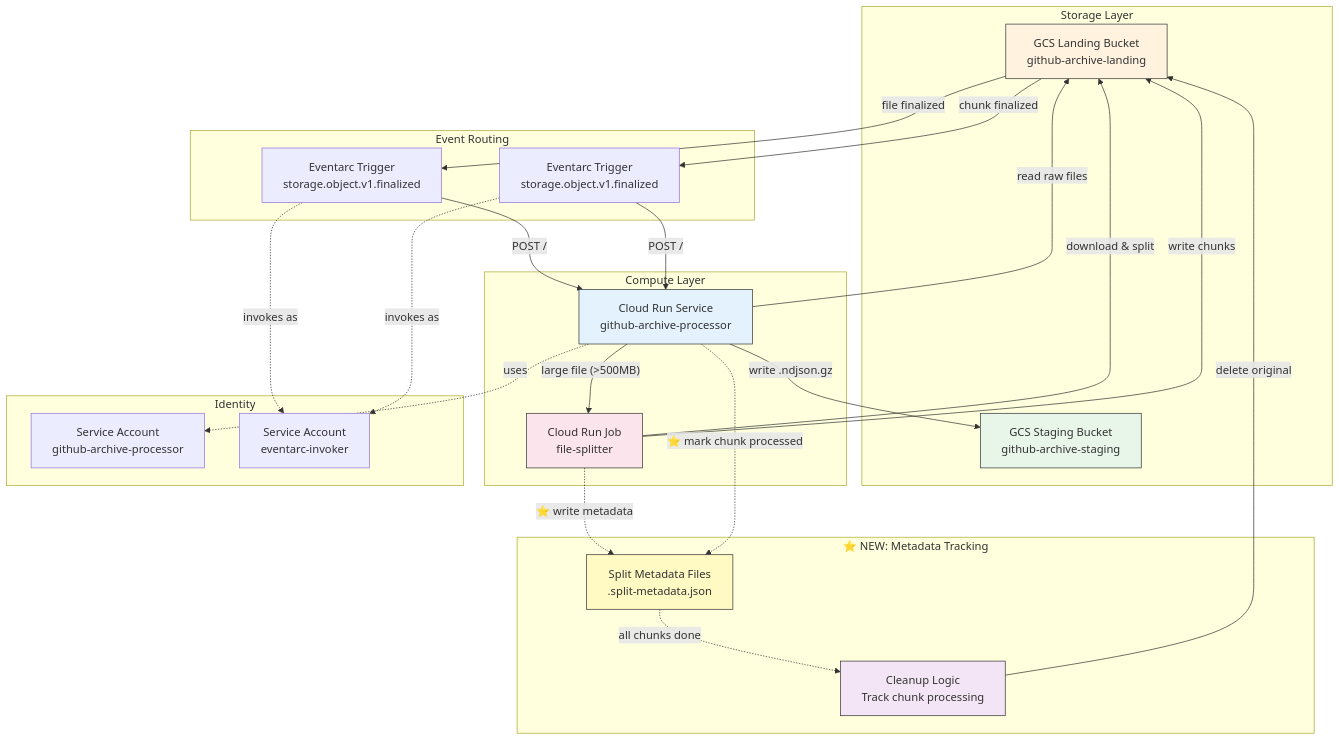
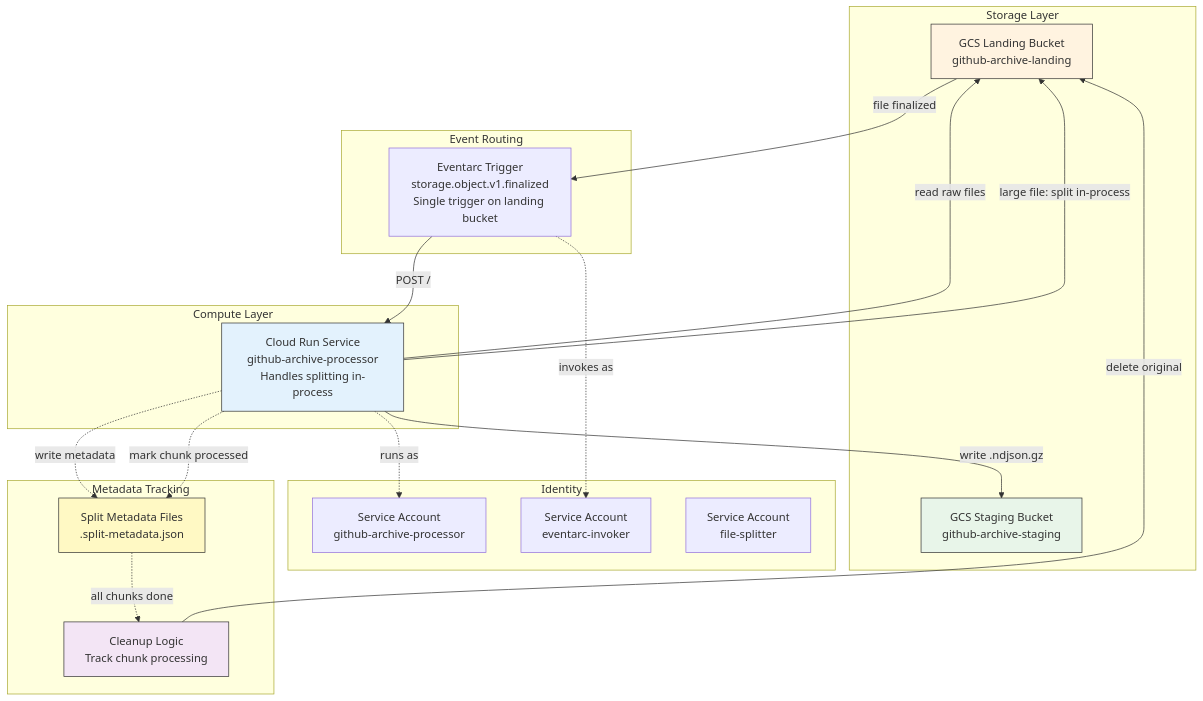
One commit to prateekpanjla-outlook/gcp_data_proc changed the first of 5 diagrams in design/github_archive/phase2_process_files/Phase_2_Design_Updated.md. Above: the diagram before and after it, drawn with Mermaid. The commit also changed other lines of this file and 26 other files, not shown here.

````diff
--- a/design/github_archive/phase2_process_files/Phase_2_Design_Updated.md
+++ b/design/github_archive/phase2_process_files/Phase_2_Design_Updated.md
@@ -9,55 +9,47 @@
 ```mermaid
-flowchart TB
+graph TB
     subgraph Storage["Storage Layer"]
-        LB[GCS Landing Bucket<br/>github-archive-landing]
-        SB[GCS Staging Bucket<br/>github-archive-staging]
+        LB[GCS Landing Bucket<br>github-archive-landing]
+        SB[GCS Staging Bucket<br>github-archive-staging]
     end
 
     subgraph Eventarc["Event Routing"]
-        ET1[Eventarc Trigger<br/>storage.object.v1.finalized]
-        ET2[Eventarc Trigger<br/>storage.object.v1.finalized]
+        ET[Eventarc Trigger<br>storage.object.v1.finalized<br>Single trigger on landing bucket]
     end
 
     subgraph Compute["Compute Layer"]
-        CRS[Cloud Run Service<br/>github-archive-processor]
-        CRJ[Cloud Run Job<br/>file-splitter]
+        CRS[Cloud Run Service<br>github-archive-processor<br>Handles splitting in-process]
     end
 
     subgraph IAM["Identity"]
-        SA1[Service Account<br/>github-archive-processor]
-        SA2[Service Account<br/>eventarc-invoker]
+        SA1[Service Account<br>github-archive-processor]
+        SA2[Service Account<br>eventarc-invoker]
+        SA3[Service Account<br>file-splitter]
     end
 
-    subgraph Metadata["⭐ NEW: Metadata Tracking"]
-        MD[Split Metadata Files<br/>.split-metadata.json]
-        CL[Cleanup Logic<br/>Track chunk processing]
+    subgraph Metadata["Metadata Tracking"]
+        MD[Split Metadata Files<br>.split-metadata.json]
+        CL[Cleanup Logic<br>Track chunk processing]
     end
 
-    LB -->|"file finalized"| ET1
-    ET1 -->|"POST /"| CRS
+    LB -->|"file finalized"| ET
+    ET -->|"POST /"| CRS
     CRS -->|"read raw files"| LB
     CRS -->|"write .ndjson.gz"| SB
 
-    CRS -->|"large file (>500MB)"| CRJ
-    CRJ -->|"download & split"| LB
-    CRJ -->|"write chunks"| LB
-    CRJ -.->|"⭐ write metadata"| MD
+    CRS -->|"large file: split in-process"| LB
+    CRS -.->|"write metadata"| MD
 
-    LB -->|"chunk finalized"| ET2
-    ET2 -->|"POST /"| CRS
-
-    CRS -.->|"⭐ mark chunk processed"| MD
+    CRS -.->|"mark chunk processed"| MD
     MD -.->|"all chunks done"| CL
     CL -->|"delete original"| LB
 
-    CRS -.->|"uses"| SA1
-    ET1 -.->|"invokes as"| SA2
-    ET2 -.->|"invokes as"| SA2
+    CRS -.->|"runs as"| SA1
+    ET -.->|"invokes as"| SA2
 
     style LB fill:#fff3e0,stroke:#333
     style SB fill:#e8f5e9,stroke:#333
     style CRS fill:#e3f2fd,stroke:#333
-    style CRJ fill:#fce4ec,stroke:#333
     style MD fill:#fff9c4,stroke:#333
     style CL fill:#f3e5f5,stroke:#333
 ```
````
